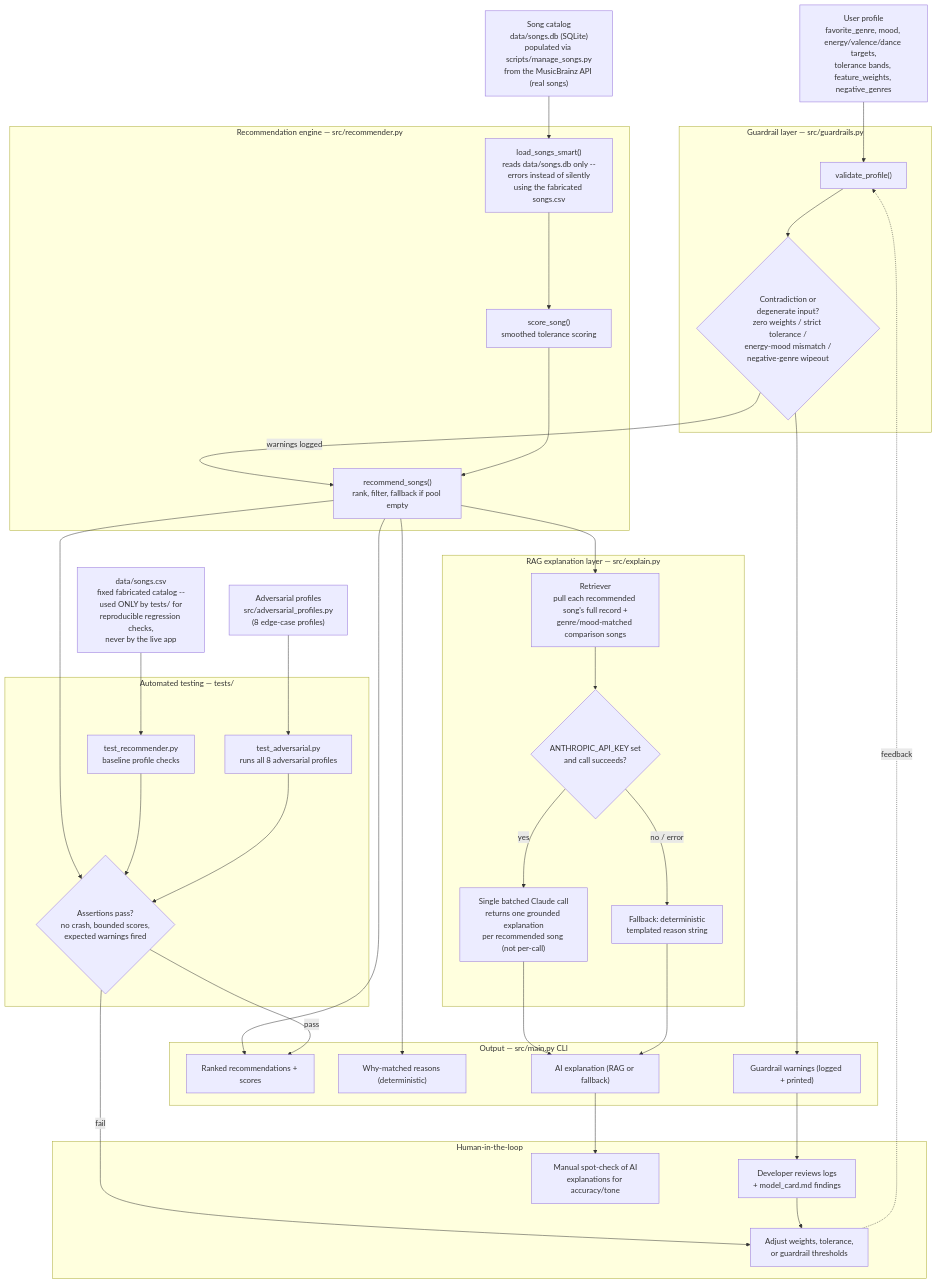
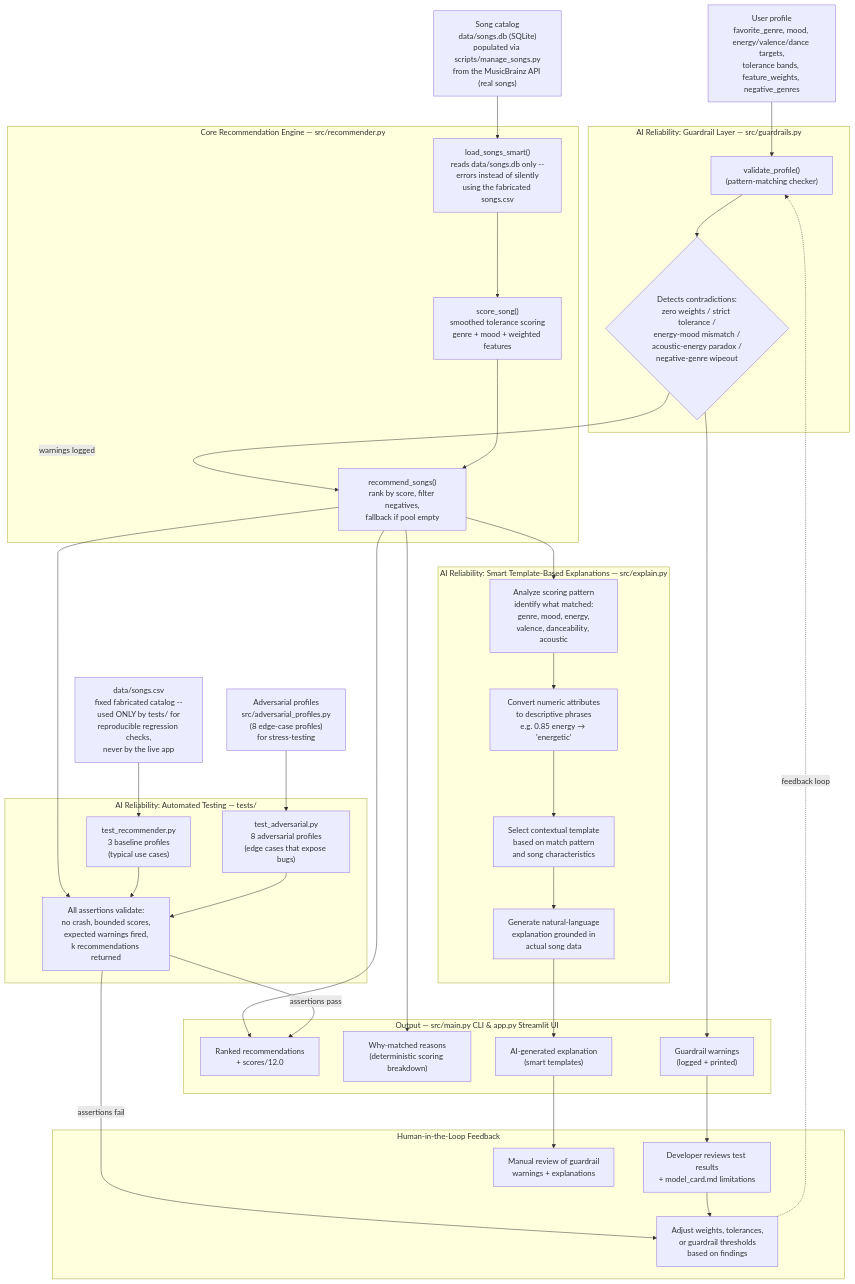
Before and after one commit to AndysBoot/applied-ai-system-project: the diagram in system_diagram.md, drawn with Mermaid. The commit also changed other lines of this file and 7 other files, not shown here.

First line of the commit message:
Align docs with the deterministic explanation layer, fix setup/reflection gaps

````diff
--- a/system_diagram.md
+++ b/system_diagram.md
@@ -7,72 +7,69 @@
 ```mermaid
 flowchart TD
     A1["User profile<br/>favorite_genre, mood, energy/valence/dance targets,<br/>tolerance bands, feature_weights, negative_genres"]
     A2["Song catalog<br/>data/songs.db (SQLite)<br/>populated via scripts/manage_songs.py<br/>from the MusicBrainz API (real songs)"]
-    A3["Adversarial profiles<br/>src/adversarial_profiles.py<br/>(8 edge-case profiles)"]
+    A3["Adversarial profiles<br/>src/adversarial_profiles.py<br/>(8 edge-case profiles)<br/>for stress-testing"]
     A4["data/songs.csv<br/>fixed fabricated catalog --<br/>used ONLY by tests/ for<br/>reproducible regression checks,<br/>never by the live app"]
 
-    subgraph GUARD["Guardrail layer — src/guardrails.py"]
-        B1["validate_profile()"]
-        B2{"Contradiction or<br/>degenerate input?<br/>zero weights / strict tolerance /<br/>energy-mood mismatch /<br/>negative-genre wipeout"}
+    subgraph GUARD["AI Reliability: Guardrail Layer — src/guardrails.py"]
+        B1["validate_profile()<br/>(pattern-matching checker)"]
+        B2{"Detects contradictions:<br/>zero weights / strict tolerance /<br/>energy-mood mismatch /<br/>acoustic-energy paradox /<br/>negative-genre wipeout"}
     end
 
-    subgraph CORE["Recommendation engine — src/recommender.py"]
+    subgraph CORE["Core Recommendation Engine — src/recommender.py"]
         C1["load_songs_smart()<br/>reads data/songs.db only --<br/>errors instead of silently<br/>using the fabricated songs.csv"]
-        C2["score_song()<br/>smoothed tolerance scoring"]
-        C3["recommend_songs()<br/>rank, filter, fallback if pool empty"]
+        C2["score_song()<br/>smoothed tolerance scoring<br/>genre + mood + weighted features"]
+        C3["recommend_songs()<br/>rank by score, filter negatives,<br/>fallback if pool empty"]
     end
 
-    subgraph RAG["RAG explanation layer — src/explain.py"]
-        D1["Retriever<br/>pull each recommended song's full record +<br/>genre/mood-matched comparison songs"]
-        D2{"ANTHROPIC_API_KEY set<br/>and call succeeds?"}
-        D3["Single batched Claude call<br/>returns one grounded explanation<br/>per recommended song (not per-call)"]
-        D4["Fallback: deterministic<br/>templated reason string"]
+    subgraph EXPLAIN["AI Reliability: Smart Template-Based Explanations — src/explain.py"]
+        D1["Analyze scoring pattern<br/>identify what matched:<br/>genre, mood, energy,<br/>valence, danceability, acoustic"]
+        D2["Convert numeric attributes<br/>to descriptive phrases<br/>e.g. 0.85 energy → 'energetic'"]
+        D3["Select contextual template<br/>based on match pattern<br/>and song characteristics"]
+        D4["Generate natural-language<br/>explanation grounded in<br/>actual song data"]
     end
 
-    subgraph OUT["Output — src/main.py CLI"]
-        E1["Ranked recommendations + scores"]
-        E2["Why-matched reasons (deterministic)"]
-        E3["AI explanation (RAG or fallback)"]
-        E4["Guardrail warnings (logged + printed)"]
+    subgraph OUT["Output — src/main.py CLI & app.py Streamlit UI"]
+        E1["Ranked recommendations<br/>+ scores/12.0"]
+        E2["Why-matched reasons<br/>(deterministic scoring breakdown)"]
+        E3["AI-generated explanation<br/>(smart templates)"]
+        E4["Guardrail warnings<br/>(logged + printed)"]
     end
 
-    subgraph TEST["Automated testing — tests/"]
-        F1["test_recommender.py<br/>baseline profile checks"]
-        F2["test_adversarial.py<br/>runs all 8 adversarial profiles"]
-        F3{"Assertions pass?<br/>no crash, bounded scores,<br/>expected warnings fired"}
+    subgraph TEST["AI Reliability: Automated Testing — tests/"]
+        F1["test_recommender.py<br/>3 baseline profiles<br/>(typical use cases)"]
+        F2["test_adversarial.py<br/>8 adversarial profiles<br/>(edge cases that expose bugs)"]
+        F3["All assertions validate:<br/>no crash, bounded scores,<br/>expected warnings fired,<br/>k recommendations returned"]
     end
 
-    subgraph HUMAN["Human-in-the-loop"]
-        G1["Developer reviews logs<br/>+ model_card.md findings"]
-        G2["Manual spot-check of AI<br/>explanations for accuracy/tone"]
-        G3["Adjust weights, tolerance,<br/>or guardrail thresholds"]
+    subgraph HUMAN["Human-in-the-Loop Feedback"]
+        G1["Developer reviews test results<br/>+ model_card.md limitations"]
+        G2["Manual review of guardrail<br/>warnings + explanations"]
+        G3["Adjust weights, tolerances,<br/>or guardrail thresholds<br/>based on findings"]
     end
 
     A1 --> B1
     A2 --> C1
     B1 --> B2
     B2 -->|warnings logged| C3
     C1 --> C2 --> C3
     C3 --> D1
-    D1 --> D2
-    D2 -->|yes| D3
-    D2 -->|no / error| D4
-    D3 --> E3
+    D1 --> D2 --> D3 --> D4
     D4 --> E3
     C3 --> E1
     C3 --> E2
     B2 --> E4
 
     A3 --> F2
     A4 --> F1
     C3 --> F3
     F1 --> F3
     F2 --> F3
-    F3 -->|fail| G3
-    F3 -->|pass| E1
+    F3 -->|assertions pass| E1
+    F3 -->|assertions fail| G3
 
     E3 --> G2
     E4 --> G1
     G1 --> G3
-    G3 -.feedback.-> B1
+    G3 -.feedback loop.-> B1
 ```
````
